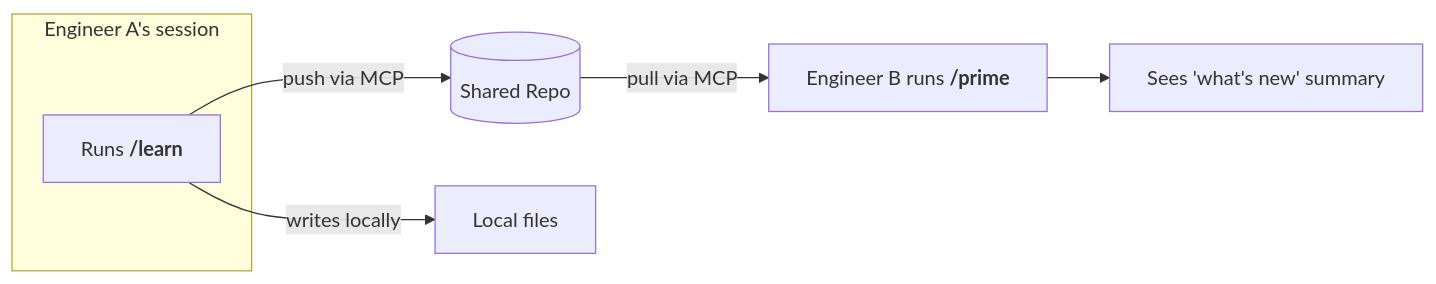
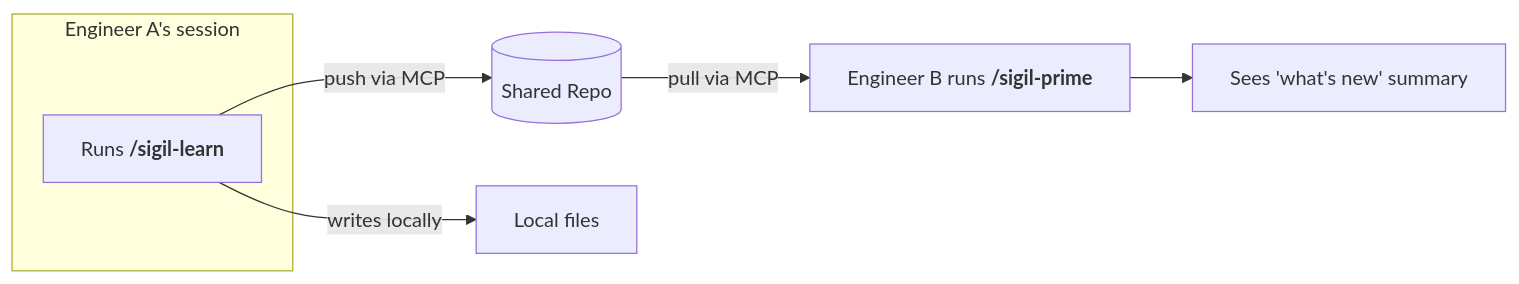
Before and after one commit to araserel/sigil-os: the third of 3 diagrams in sigil-plugin/docs/multi-team-workflow.md, drawn with Mermaid. The commit also changed other lines of this file and 87 other files, not shown here.

````diff
--- a/sigil-plugin/docs/multi-team-workflow.md
+++ b/sigil-plugin/docs/multi-team-workflow.md
@@ -102,13 +102,13 @@
 ```mermaid
 flowchart LR
     subgraph SessionA["Engineer A's session"]
-        CAPTURE["`Runs **/learn**`"]
+        CAPTURE["`Runs **/sigil-learn**`"]
     end
 
     CAPTURE -->|"push via MCP"| REPO[("Shared Repo")]
     CAPTURE -->|"writes locally"| LOCAL["Local files"]
 
-    REPO -->|"pull via MCP"| SessionB["`Engineer B runs **/prime**`"]
+    REPO -->|"pull via MCP"| SessionB["`Engineer B runs **/sigil-prime**`"]
 
     SessionB --> READY["Sees 'what's new' summary"]
 ```
````
